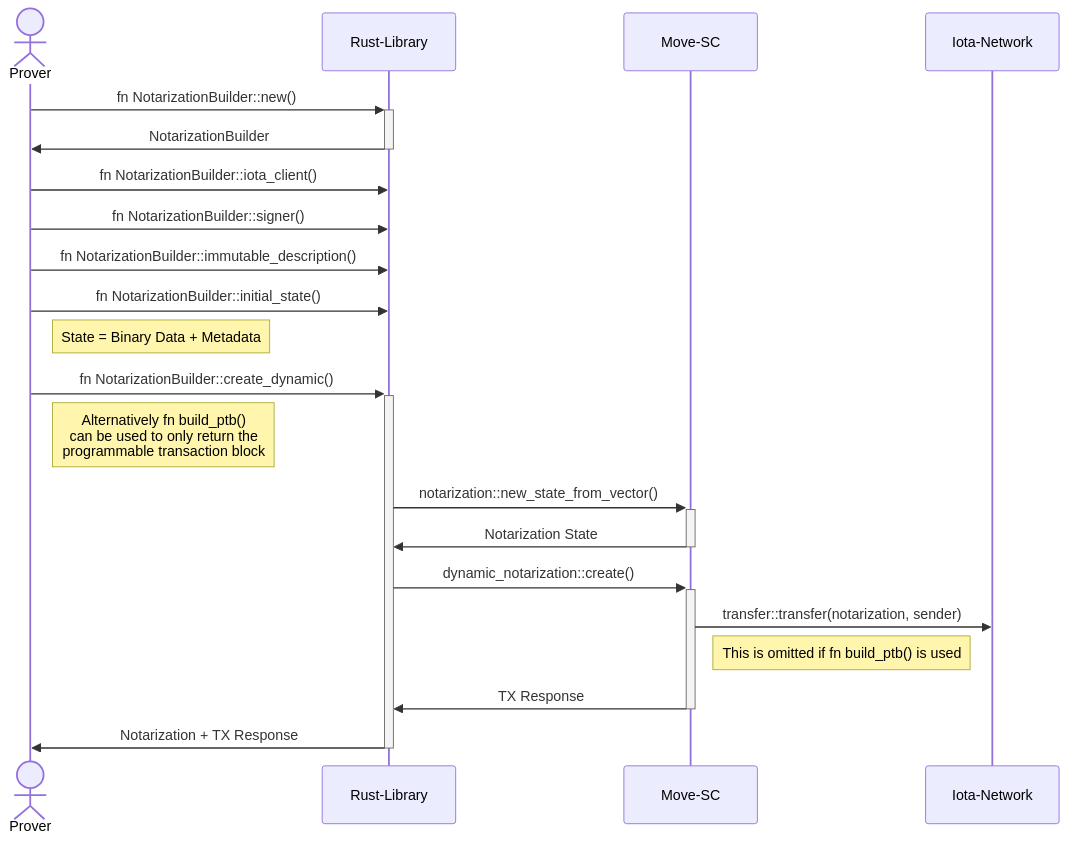
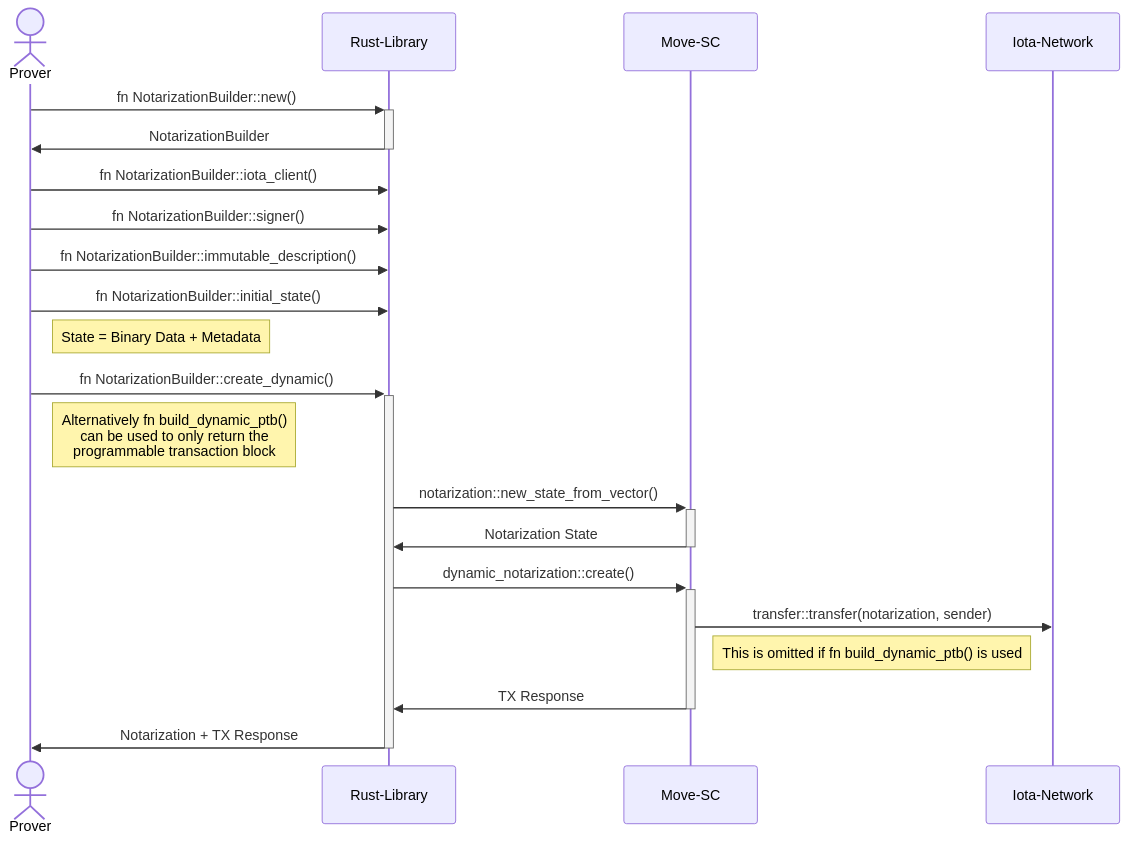
The first of 3 diagrams in notarization/README.md (iotaledger/notarization), drawn with Mermaid before and after one commit. The commit also changed other lines of this file, not shown here.

`````diff
--- a/notarization/README.md
+++ b/notarization/README.md
@@ -58,23 +64,23 @@
 ````mermaid
 sequenceDiagram
     actor Prover
     participant Lib as Rust-Library
     participant Move as Move-SC
     participant Net as Iota-Network
-    Prover->>+Lib: fn NotarizationBuilder::new()
-    Lib->>-Prover: NotarizationBuilder
-    Prover->>Lib: fn NotarizationBuilder::iota_client()
-    Prover->>Lib: fn NotarizationBuilder::signer()
-    Prover->>Lib: fn NotarizationBuilder::immutable_description()
-    Prover->>Lib: fn NotarizationBuilder::initial_state()
+    Prover ->>+ Lib: fn NotarizationBuilder::new()
+    Lib ->>- Prover: NotarizationBuilder
+    Prover ->> Lib: fn NotarizationBuilder::iota_client()
+    Prover ->> Lib: fn NotarizationBuilder::signer()
+    Prover ->> Lib: fn NotarizationBuilder::immutable_description()
+    Prover ->> Lib: fn NotarizationBuilder::initial_state()
     Note right of Prover: State = Binary Data + Metadata
-    Prover->>+Lib: fn NotarizationBuilder::create_dynamic()
-    Note right of Prover: Alternatively fn build_ptb() <br> can be used to only return the <br> programmable transaction block
-    Lib->>+Move: notarization::new_state_from_vector()
-    Move->>-Lib: Notarization State
-    Lib->>+Move: dynamic_notarization::create()
-    Move->>Net: transfer::transfer(notarization, sender)
-    Note right of Move: This is omitted if fn build_ptb() is used
-    Move->>-Lib: TX Response
-    Lib->>-Prover: Notarization + TX Response
+    Prover ->>+ Lib: fn NotarizationBuilder::create_dynamic()
+    Note right of Prover: Alternatively fn build_dynamic_ptb() <br> can be used to only return the <br> programmable transaction block
+    Lib ->>+ Move: notarization::new_state_from_vector()
+    Move ->>- Lib: Notarization State
+    Lib ->>+ Move: dynamic_notarization::create()
+    Move ->> Net: transfer::transfer(notarization, sender)
+    Note right of Move: This is omitted if fn build_dynamic_ptb() is used
+    Move ->>- Lib: TX Response
+    Lib ->>- Prover: Notarization + TX Response
 ````
`````
